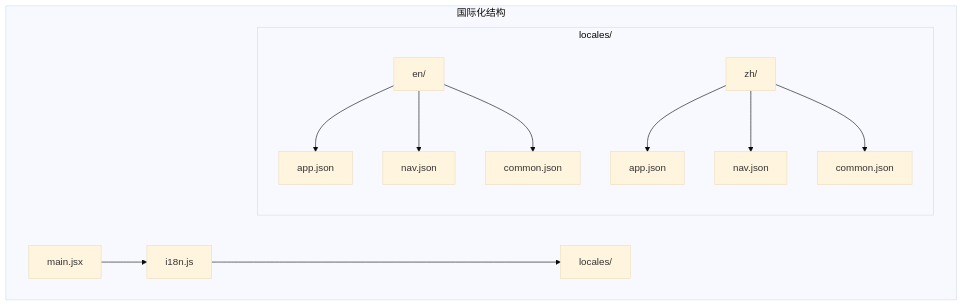
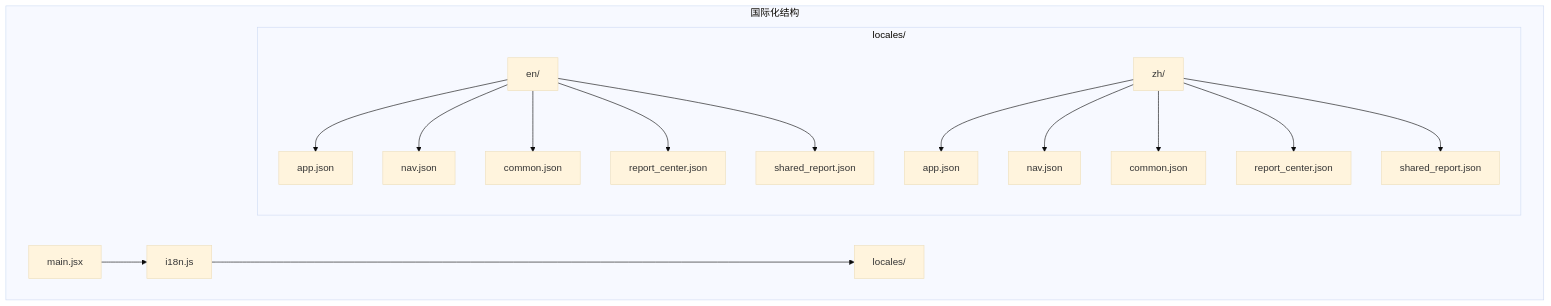
The first of 8 diagrams in .qoder/repowiki/zh/content/前端架构/国际化.md (faryhuo/backtrader), drawn with Mermaid (base theme) before and after one commit. The commit also changed other lines of this file and 6 other files, not shown here.

````diff
--- a/.qoder/repowiki/zh/content/前端架构/国际化.md
+++ b/.qoder/repowiki/zh/content/前端架构/国际化.md
@@ -35,20 +47,24 @@
 ```mermaid
 graph TB
 subgraph "国际化结构"
 i18n[i18n.js]
 locales[locales/]
 main[main.jsx]
 i18n --> locales
 main --> i18n
 subgraph "locales/"
 en[en/]
 zh[zh/]
 en --> app_en[app.json]
 en --> nav_en[nav.json]
 en --> common_en[common.json]
+en --> report_center_en[report_center.json]
+en --> shared_report_en[shared_report.json]
 zh --> app_zh[app.json]
 zh --> nav_zh[nav.json]
 zh --> common_zh[common.json]
+zh --> report_center_zh[report_center.json]
+zh --> shared_report_zh[shared_report.json]
 end
 end
 ```
````
